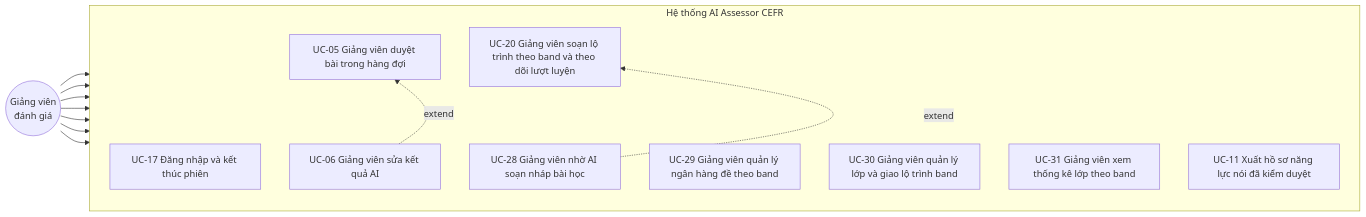
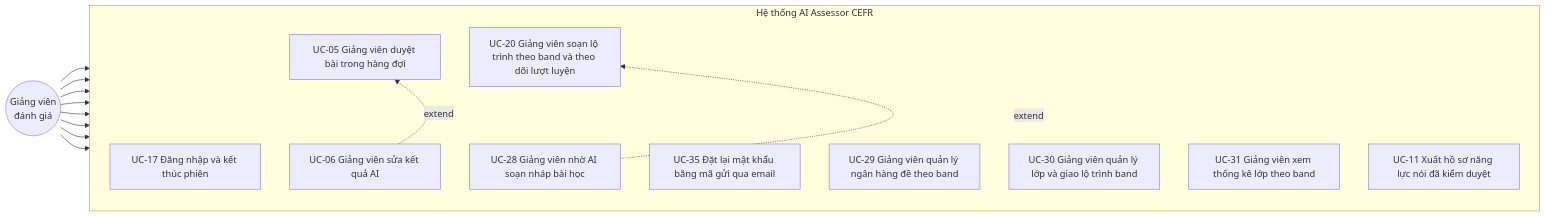
One commit to ThanhSangLouis/ai-assessor-cefr changed the diagram in docs/sdd/diagrams/01b_usecase_giangvien.mmd. Above: the diagram before and after it, drawn with Mermaid. The commit also changed 19 other files, not shown here.

Commit message:
D109: email báo lời mời và học viên mới vào lớp; rà toàn bộ sơ đồ cho báo cáo cuối

```diff
--- a/docs/sdd/diagrams/01b_usecase_giangvien.mmd
+++ b/docs/sdd/diagrams/01b_usecase_giangvien.mmd
@@ -1,39 +1,43 @@
 %% So do use case 1b: tac nhan Giang vien danh gia
 %% Ma va ten use case lay NGUYEN VAN tu bang SRS muc 4.1 -- khong tu dat so.
 %% Day la so do THIET KE: mo ta he thong PHAI LAM GI, khong phai tien do.
 %% Ban 1.16 (D078): giang vien duyet va cham lai bai, soan lo trinh theo band
 %% (co the nho AI soan nhap), giu ngan hang de theo band, xep lop va giao lo
 %% trinh band, xem thong ke lop theo band.
+%% Ban 1.34 (D109): lop chi them sinh vien bang loi moi hay ma lop (UC-30, sinh
+%% vien tu vao o UC-36); quen mat khau (UC-35) dung cho moi vai tro.
 flowchart LR
     GV(("Giảng viên<br/>đánh giá"))
 
     subgraph SYS["Hệ thống AI Assessor CEFR"]
         direction TB
         UC17["UC-17 Đăng nhập và kết thúc phiên"]
+        UC35["UC-35 Đặt lại mật khẩu bằng mã gửi qua email"]
         UC05["UC-05 Giảng viên duyệt bài trong hàng đợi"]
         UC06["UC-06 Giảng viên sửa kết quả AI"]
         UC20["UC-20 Giảng viên soạn lộ trình theo band và theo dõi lượt luyện"]
         UC28["UC-28 Giảng viên nhờ AI soạn nháp bài học"]
         UC29["UC-29 Giảng viên quản lý ngân hàng đề theo band"]
         UC30["UC-30 Giảng viên quản lý lớp và giao lộ trình band"]
         UC31["UC-31 Giảng viên xem thống kê lớp theo band"]
         UC11["UC-11 Xuất hồ sơ năng lực nói đã kiểm duyệt"]
     end
 
     GV --> UC17
+    GV --> UC35
     GV --> UC05
     GV --> UC20
     GV --> UC29
     GV --> UC30
     GV --> UC31
     GV --> UC11
 
     %% Lien ket VO HINH, chi de xep bo cuc -- KHONG phai quan he UML. Xem 01a.
     UC05 ~~~ UC06
     UC20 ~~~ UC28
 
     %% Use case MO RONG khong noi truc tiep voi tac nhan: sua ket qua (UC-06)
     %% chen vao luong duyet (UC-05); nho AI soan nhap (UC-28) chen vao form
     %% "Bai hoc moi" cua UC-20.
     UC06 -. extend .-> UC05
     UC28 -. extend .-> UC20
```
